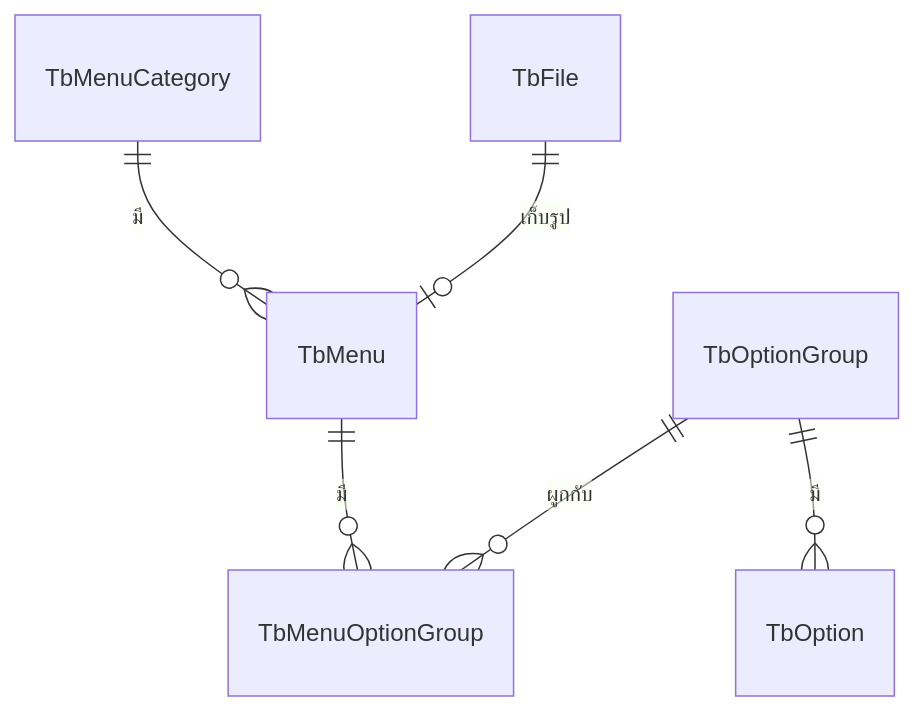
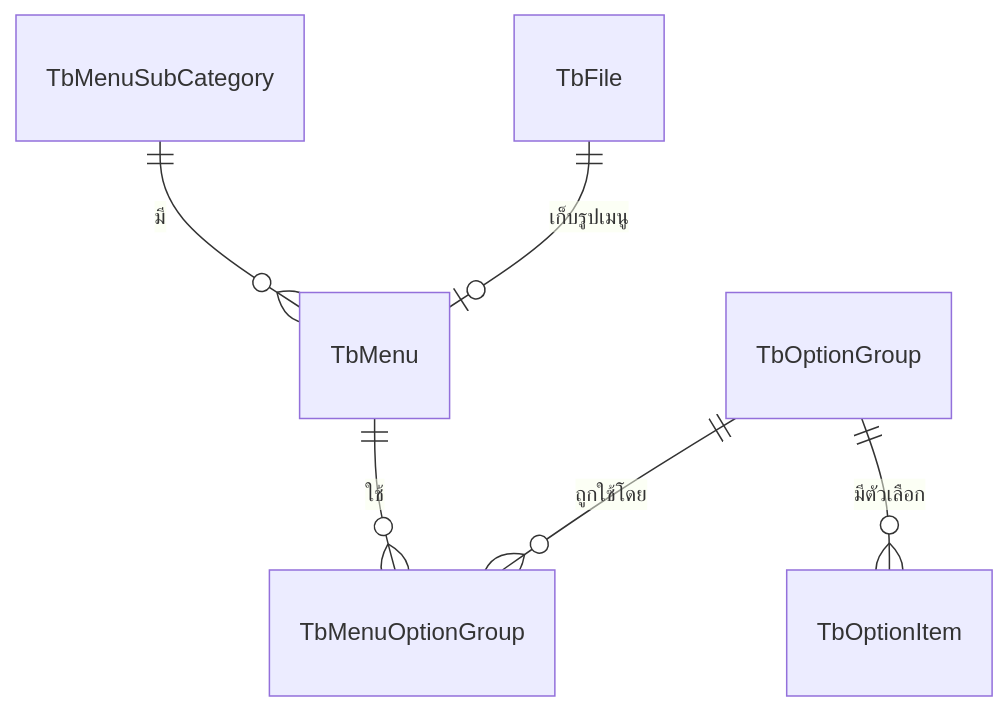
Before and after one commit to TurkPhakim/RBMS-POS-Website: diagram 17 of 20 in doc/report/05-chapter-3-design.md, drawn with Mermaid. The commit also changed other lines of this file and 18 other files, not shown here.

````diff
--- a/doc/report/05-chapter-3-design.md
+++ b/doc/report/05-chapter-3-design.md
@@ -673,8 +749,8 @@
 ```mermaid
 erDiagram
-    TbMenuCategory ||--o{ TbMenu : "มี"
-    TbMenu ||--o{ TbMenuOptionGroup : "มี"
-    TbOptionGroup ||--o{ TbMenuOptionGroup : "ผูกกับ"
-    TbOptionGroup ||--o{ TbOption : "มี"
-    TbFile ||--o| TbMenu : "เก็บรูป"
+    TbMenuSubCategory ||--o{ TbMenu : "มี"
+    TbMenu ||--o{ TbMenuOptionGroup : "ใช้"
+    TbOptionGroup ||--o{ TbMenuOptionGroup : "ถูกใช้โดย"
+    TbOptionGroup ||--o{ TbOptionItem : "มีตัวเลือก"
+    TbFile ||--o| TbMenu : "เก็บรูปเมนู"
 ```
````
